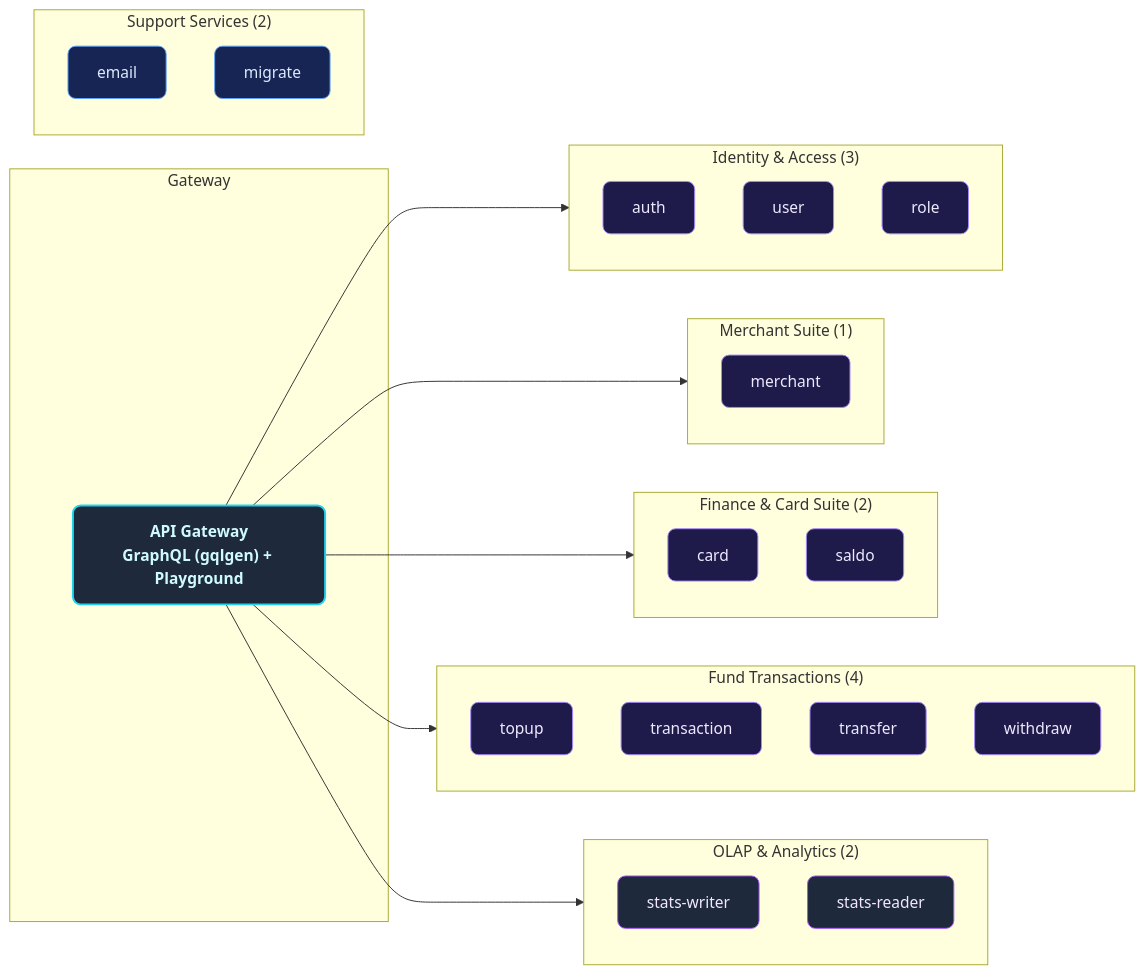
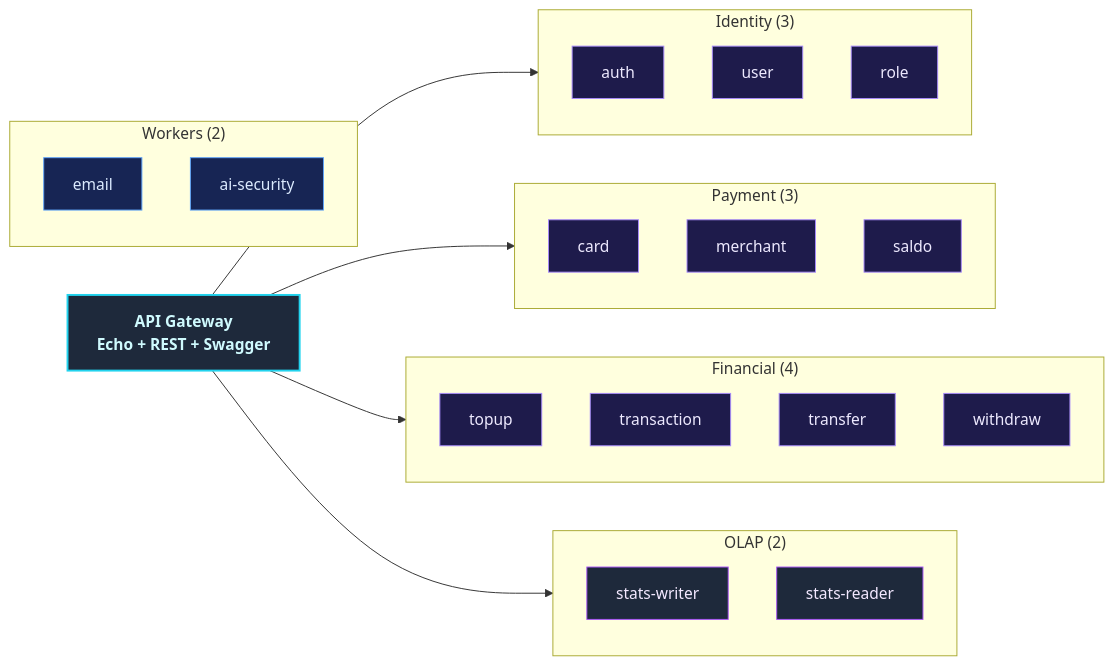
Before and after one commit to MamangRust/microservice-paymentgateway-gorm-graphql: the second of 15 diagrams in README.md, drawn with Mermaid. The commit also changed other lines of this file and 440 other files, not shown here.

````diff
--- a/README.md
+++ b/README.md
@@ -166,49 +239,43 @@
 ```mermaid
 graph LR
-    classDef svc fill:#1e1b4b,stroke:#a78bfa,color:#ede9fe,stroke-width:1px,rx:8
-    classDef gw fill:#1e293b,stroke:#22d3ee,color:#cffafe,stroke-width:2px,rx:8,font-weight:bold
-    classDef support fill:#172554,stroke:#60a5fa,color:#dbeafe,stroke-width:1px,rx:8
-    classDef olap fill:#1e293b,stroke:#a855f7,color:#f3e8ff,stroke-width:1px,rx:8
+    classDef svc fill:#1e1b4b,stroke:#a78bfa,color:#ede9fe,stroke-width:1px
+    classDef gw fill:#1e293b,stroke:#22d3ee,color:#cffafe,stroke-width:2px,font-weight:bold
+    classDef support fill:#172554,stroke:#60a5fa,color:#dbeafe,stroke-width:1px
+    classDef olap fill:#1e293b,stroke:#a855f7,color:#f3e8ff,stroke-width:1px
 
-    subgraph Gateway
-        API["API Gateway<br/>GraphQL (gqlgen) + Playground"]:::gw
-    end
+    API["API Gateway<br/>Echo + REST + Swagger"]:::gw
 
-    subgraph Identity["Identity & Access (3)"]
+    subgraph Identity["Identity (3)"]
         A1["auth"]:::svc
         A2["user"]:::svc
         A3["role"]:::svc
     end
 
-    subgraph Merchant["Merchant Suite (1)"]
-        M1["merchant"]:::svc
+    subgraph Payment["Payment (3)"]
+        P1["card"]:::svc
+        P2["merchant"]:::svc
+        P3["saldo"]:::svc
     end
 
-    subgraph Finance["Finance & Card Suite (2)"]
-        F1["card"]:::svc
-        F2["saldo"]:::svc
+    subgraph Financial["Financial (4)"]
+        F1["topup"]:::svc
+        F2["transaction"]:::svc
+        F3["transfer"]:::svc
+        F4["withdraw"]:::svc
     end
 
-    subgraph Movements["Fund Transactions (4)"]
-        T1["topup"]:::svc
-        T2["transaction"]:::svc
-        T3["transfer"]:::svc
-        T4["withdraw"]:::svc
-    end
-
-    subgraph OLAP["OLAP & Analytics (2)"]
+    subgraph OLAP["OLAP (2)"]
         O1["stats-writer"]:::olap
         O2["stats-reader"]:::olap
     end
 
-    subgraph Support["Support Services (2)"]
+    subgraph Support["Workers (2)"]
         S1["email"]:::support
-        S2["migrate"]:::support
+        S2["ai-security"]:::support
     end
 
     API --> Identity
-    API --> Merchant
-    API --> Finance
-    API --> Movements
+    API --> Payment
+    API --> Financial
     API --> OLAP
 ```
````
